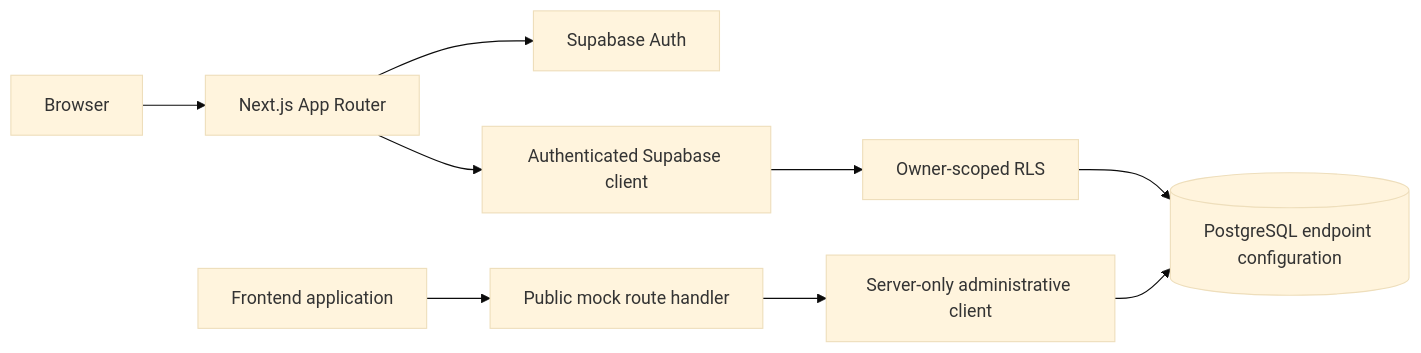
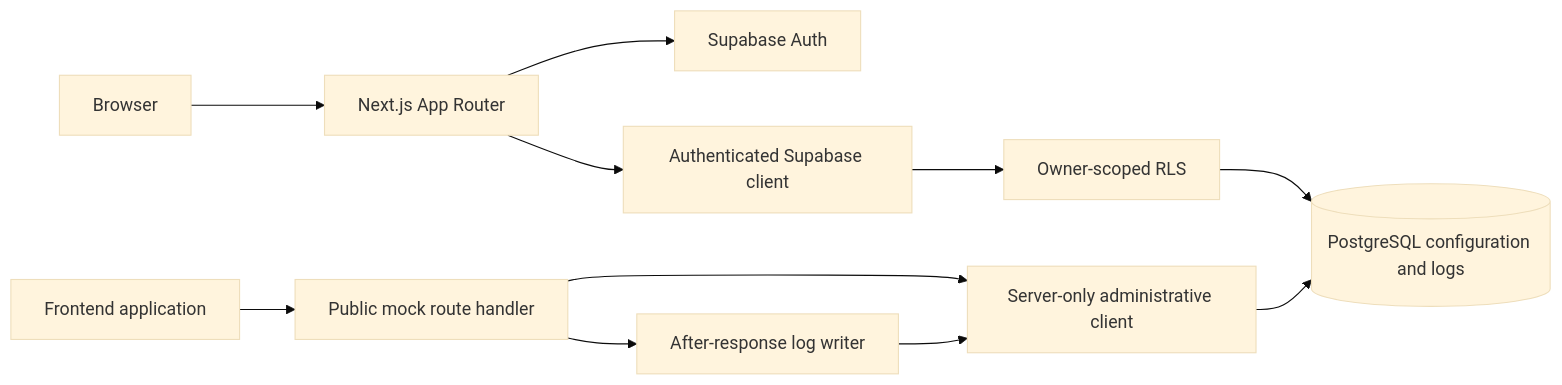
One commit to ChaitanyaSai-Meka/MockForge changed the diagram in README.md. Above: the diagram before and after it, drawn with Mermaid (base theme). The commit also changed other lines of this file and 20 other files, not shown here.

````diff
--- a/README.md
+++ b/README.md
@@ -9,11 +9,13 @@
 ```mermaid
 flowchart LR
   Browser[Browser] --> Next[Next.js App Router]
   Next --> Auth[Supabase Auth]
   Next --> UserClient[Authenticated Supabase client]
   UserClient --> RLS[Owner-scoped RLS]
   PublicClient[Frontend application] --> Runtime[Public mock route handler]
   Runtime --> Admin[Server-only administrative client]
-  Admin --> DB[(PostgreSQL endpoint configuration)]
+  Runtime --> After[After-response log writer]
+  After --> Admin
+  Admin --> DB[(PostgreSQL configuration and logs)]
   RLS --> DB
 ```
````
